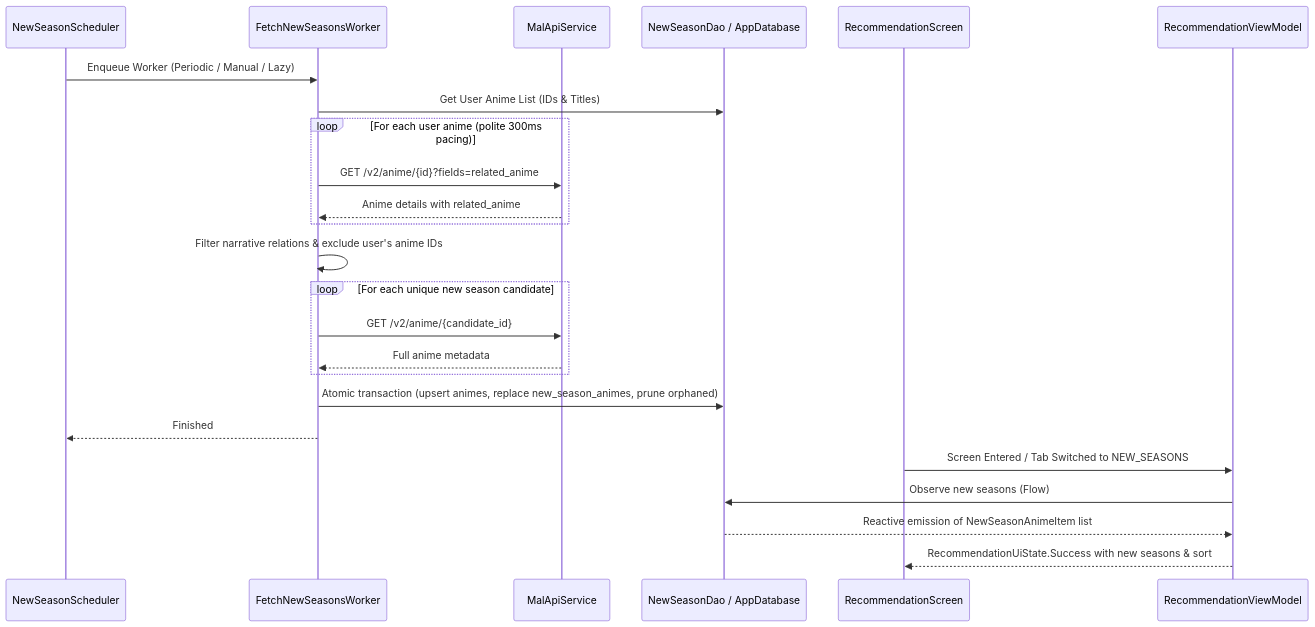
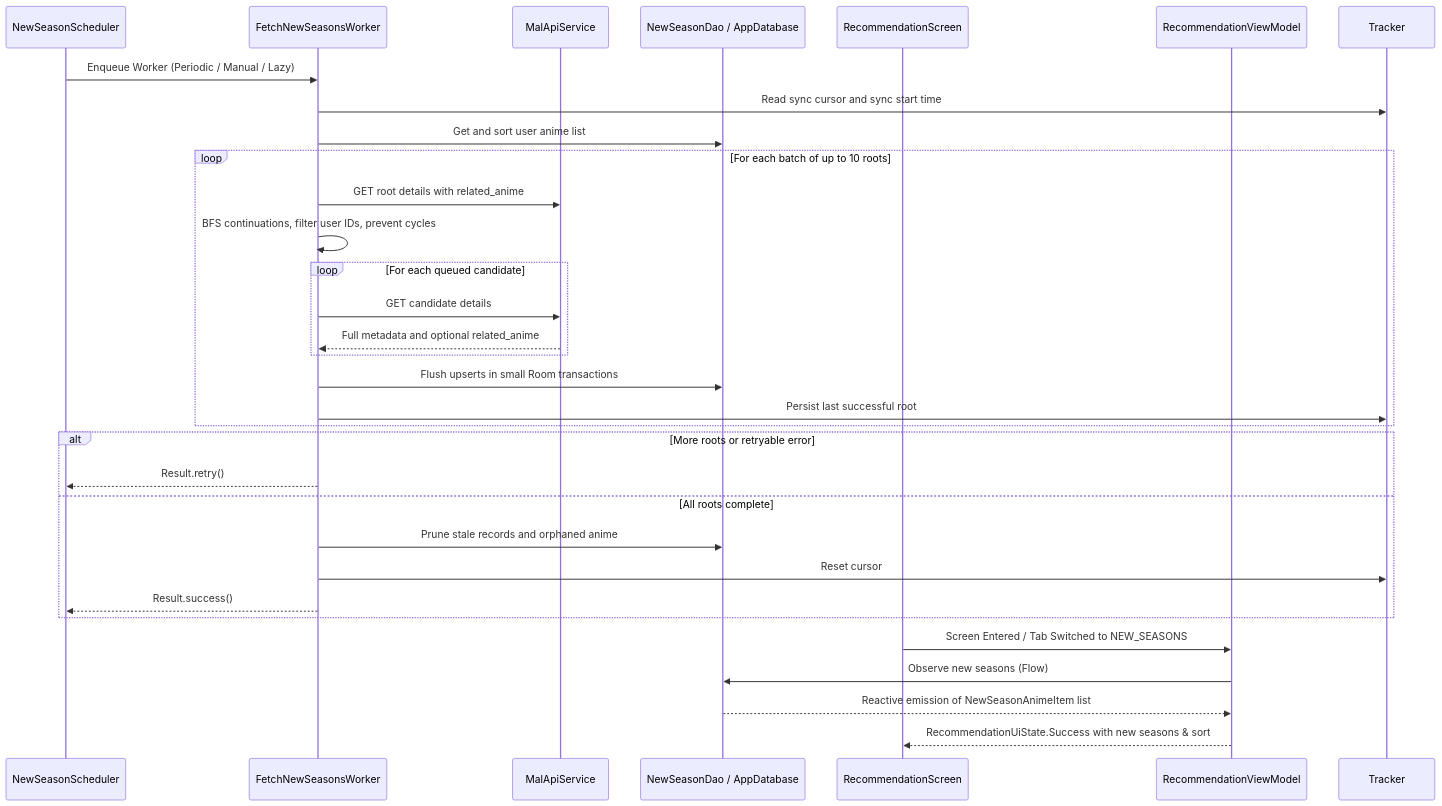
One commit to gokova/myanimelist changed the diagram in docs/05_new_seasons_feature.md. Above: the diagram before and after it, drawn with Mermaid. The commit also changed other lines of this file and 44 other files, not shown here.

````diff
--- a/docs/05_new_seasons_feature.md
+++ b/docs/05_new_seasons_feature.md
@@ -129,28 +135,35 @@
 ```mermaid
 sequenceDiagram
     participant Scheduler as NewSeasonScheduler
     participant Worker as FetchNewSeasonsWorker
     participant API as MalApiService
     participant DB as NewSeasonDao / AppDatabase
     participant UI as RecommendationScreen
     participant VM as RecommendationViewModel
 
     Scheduler->>Worker: Enqueue Worker (Periodic / Manual / Lazy)
-    Worker->>DB: Get User Anime List (IDs & Titles)
-    loop For each user anime (polite 300ms pacing)
-        Worker->>API: GET /v2/anime/{id}?fields=related_anime
-        API-->>Worker: Anime details with related_anime
+    Worker->>Tracker: Read sync cursor and sync start time
+    Worker->>DB: Get and sort user anime list
+    loop For each batch of up to 10 roots
+        Worker->>API: GET root details with related_anime
+        Worker->>Worker: BFS continuations, filter user IDs, prevent cycles
+        loop For each queued candidate
+            Worker->>API: GET candidate details
+            API-->>Worker: Full metadata and optional related_anime
+        end
+        Worker->>DB: Flush upserts in small Room transactions
+        Worker->>Tracker: Persist last successful root
     end
-    Worker->>Worker: Filter narrative relations & exclude user's anime IDs
-    loop For each unique new season candidate
-        Worker->>API: GET /v2/anime/{candidate_id}
-        API-->>Worker: Full anime metadata
+    alt More roots or retryable error
+        Worker-->>Scheduler: Result.retry()
+    else All roots complete
+        Worker->>DB: Prune stale records and orphaned anime
+        Worker->>Tracker: Reset cursor
+        Worker-->>Scheduler: Result.success()
     end
-    Worker->>DB: Atomic transaction (upsert animes, replace new_season_animes, prune orphaned)
-    Worker-->>Scheduler: Finished
 
     UI->>VM: Screen Entered / Tab Switched to NEW_SEASONS
     VM->>DB: Observe new seasons (Flow)
     DB-->>VM: Reactive emission of NewSeasonAnimeItem list
     VM-->>UI: RecommendationUiState.Success with new seasons & sort
 ```
````
